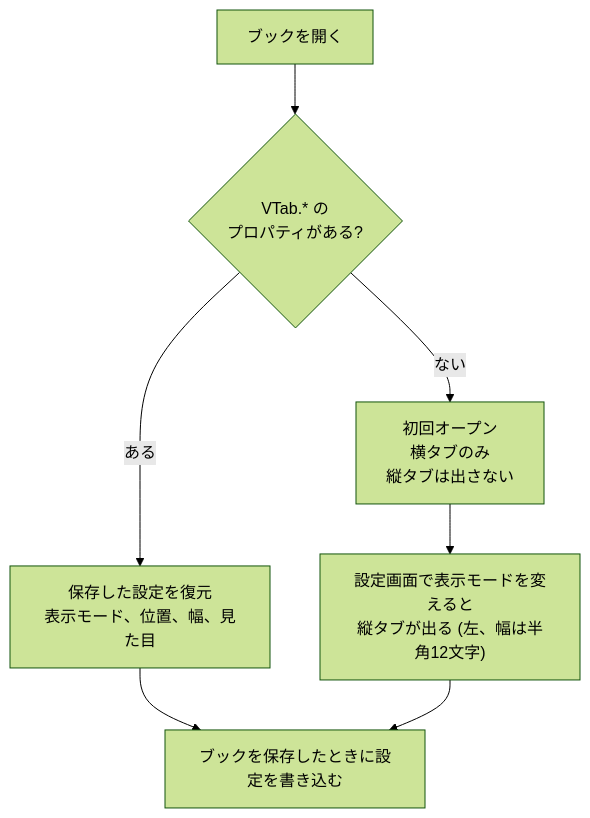
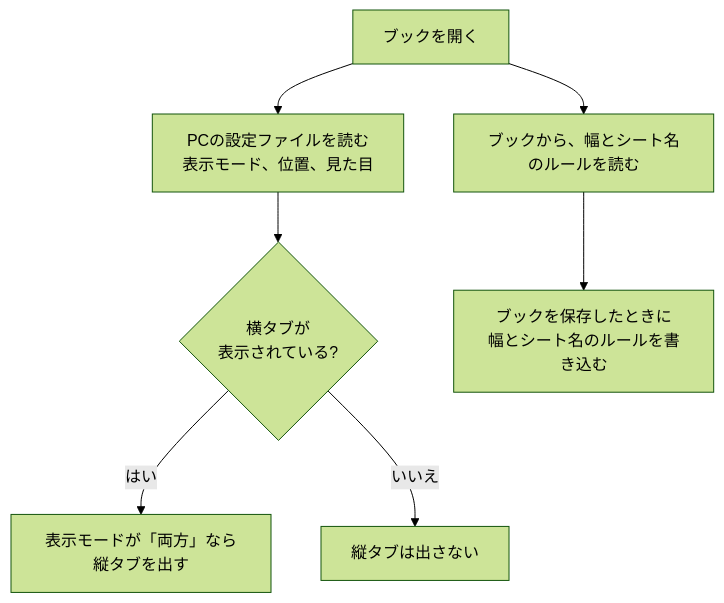
Before and after one commit to nk-taka623/VerticalSheetTabs: the fourth of 4 diagrams in README.md, drawn with Mermaid (forest theme). The commit also changed other lines of this file and 4 other files, not shown here.

````diff
--- a/README.md
+++ b/README.md
@@ -630,9 +646,9 @@
 ```mermaid
 flowchart TD
-    A[ブックを開く] --> B{VTab.* の<br/>プロパティがある?}
-    B -- ない --> C[初回オープン<br/>横タブのみ<br/>縦タブは出さない]
-    B -- ある --> D[保存した設定を復元<br/>表示モード、位置、幅、見た目]
-    C --> E["設定画面で表示モードを変えると<br/>縦タブが出る (左、幅は半角12文字)"]
-    D --> F
-    E --> F[ブックを保存したときに設定を書き込む]
+    A[ブックを開く] --> B[PCの設定ファイルを読む<br/>表示モード、位置、見た目]
+    A --> C[ブックから、幅とシート名のルールを読む]
+    B --> D{横タブが<br/>表示されている?}
+    D -- はい --> E[表示モードが「両方」なら縦タブを出す]
+    D -- いいえ --> F[縦タブは出さない]
+    C --> G[ブックを保存したときに<br/>幅とシート名のルールを書き込む]
 ```
````
